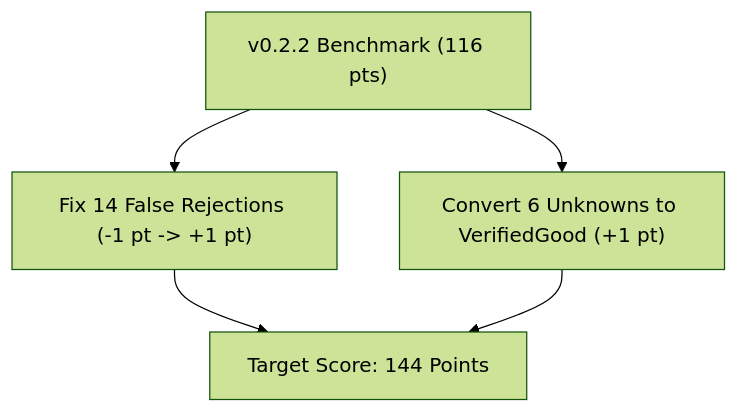
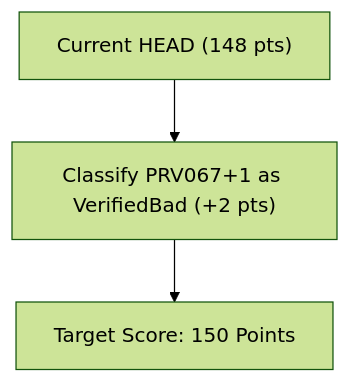
Before and after one commit to newca12/mrs: the diagram in docs/PROOVER_2026.md, drawn with Mermaid (forest theme). The commit also changed other lines of this file and 4 other files, not shown here.

Commit message:
docs: record current ProoVer score

````diff
--- a/docs/PROOVER_2026.md
+++ b/docs/PROOVER_2026.md
@@ -48,7 +58,5 @@
 ```mermaid
 flowchart TD
-    Current["v0.2.2 Benchmark (116 pts)"] --> Item1["Fix 14 False Rejections (-1 pt -> +1 pt)"]
-    Current --> Item2["Convert 6 Unknowns to VerifiedGood (+1 pt)"]
-    Item1 --> Target["Target Score: 144 Points"]
-    Item2 --> Target
+    Current["Current HEAD (148 pts)"] --> Item1["Classify PRV067+1 as VerifiedBad (+2 pts)"]
+    Item1 --> Target["Target Score: 150 Points"]
 ```
````
